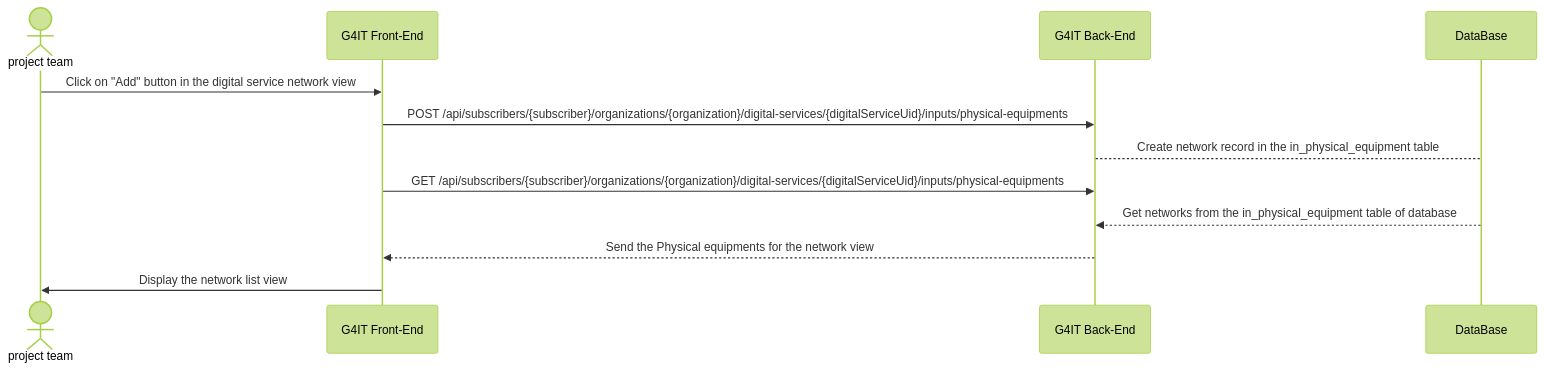
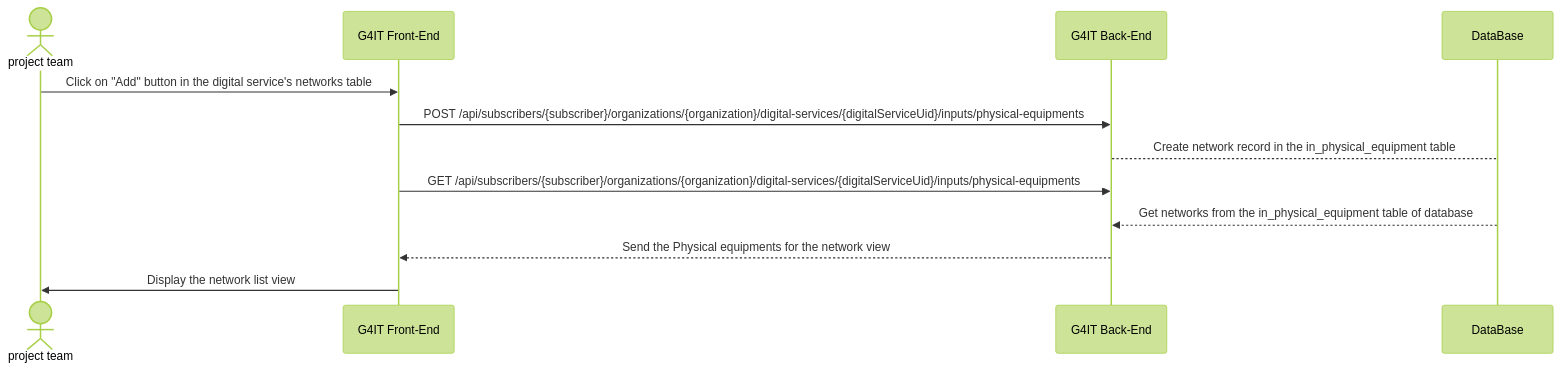
Before and after one commit to teamg4it/g4it: the diagram in services/documentation/content/2-functional-documentation/use_cases/uc_digital_services/uc3_add_visualize_equipments/uc3_add_visualize_network.md, drawn with Mermaid (forest theme). The commit also changed other lines of this file and 67 other files, not shown here.

```diff
--- a/services/documentation/content/2-functional-documentation/use_cases/uc_digital_services/uc3_add_visualize_equipments/uc3_add_visualize_network.md
+++ b/services/documentation/content/2-functional-documentation/use_cases/uc_digital_services/uc3_add_visualize_equipments/uc3_add_visualize_network.md
@@ -67,17 +67,17 @@
 {{< mermaid >}}
 sequenceDiagram
 
 actor RND as project team
 participant front as G4IT Front-End
 participant back as G4IT Back-End
 participant DataBase
 
-RND ->> front: Click on "Add" button in the digital service network view
+RND ->> front: Click on "Add" button in the digital service's networks table
 front ->> back: POST /api/subscribers/{subscriber}/organizations/{organization}/digital-services/{digitalServiceUid}/inputs/physical-equipments
 back--> DataBase: Create network record in the in_physical_equipment table
 front ->> back: GET /api/subscribers/{subscriber}/organizations/{organization}/digital-services/{digitalServiceUid}/inputs/physical-equipments
 DataBase -->> back: Get networks from the in_physical_equipment table of database
 back-->> front: Send the Physical equipments for the network view
 front->> RND : Display the network list view
 
 {{< /mermaid >}}
```
